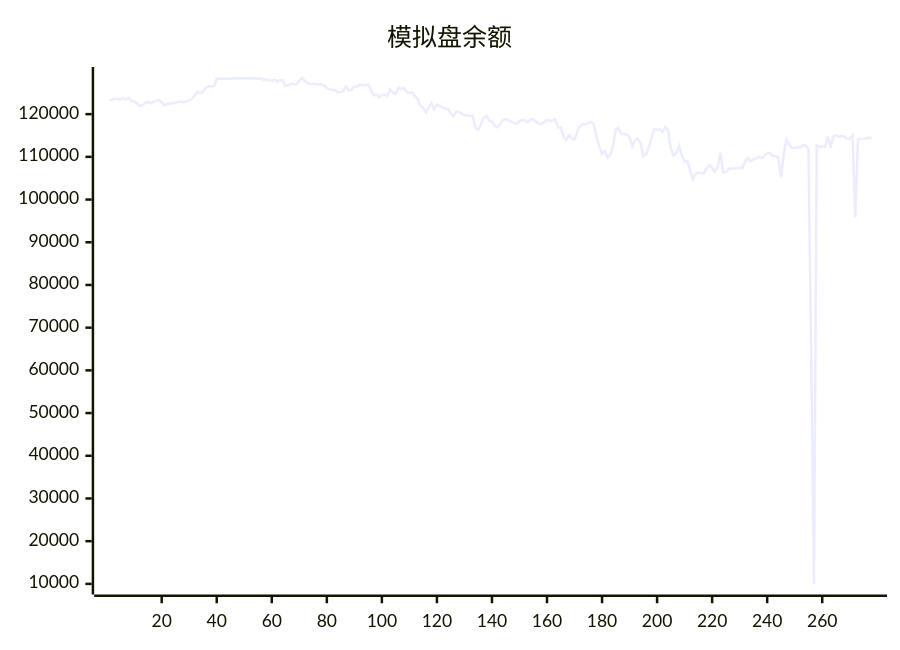
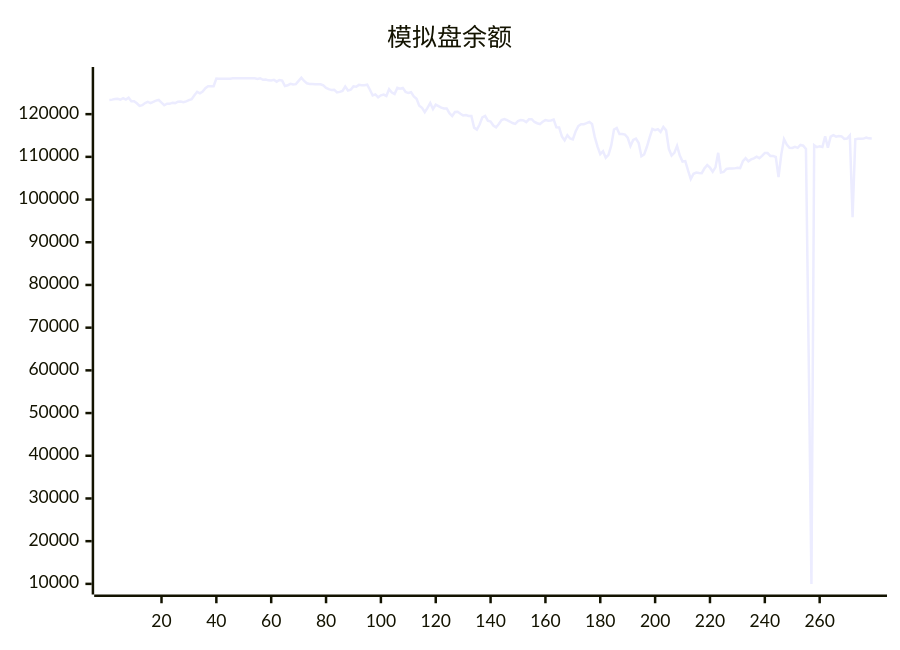
One commit to aahl/ai-trading changed the diagram in README.md. Above: the diagram before and after it, drawn with Mermaid. The commit also changed other lines of this file and 1 other file, not shown here.

````diff
--- a/README.md
+++ b/README.md
@@ -5,5 +5,5 @@
 ```mermaid
 xychart
     title "模拟盘余额"
-    line [123338,123402,123530,123592,123378,123745,123413,123853,123009,123040,122557,121938,122095,122599,122856,122597,122898,123160,123319,122719,122087,122454,122416,122685,122592,122907,122961,122776,122981,123295,123507,124403,125224,124894,125303,126088,126544,126534,126549,128335,128318,128318,128318,128318,128318,128424,128424,128424,128424,128424,128424,128424,128424,128424,128247,128412,128062,128087,127917,127901,128026,127611,128000,127850,126572,126770,127100,126971,127029,127783,128554,127765,127224,127064,127044,127009,127025,127004,126738,126152,125871,125635,125707,125117,125217,125420,126480,125545,125715,126511,126424,126856,126764,126788,126890,125710,124381,124632,123936,124402,124574,124256,125833,125070,124739,126154,125966,126145,125213,124943,125143,124157,123604,121959,121476,120476,121470,122610,121201,122221,121889,121522,121332,121344,120232,119559,120513,120577,120108,119680,119777,119572,119568,116839,116392,117573,119250,119585,118469,118277,117338,116897,117706,118628,118849,118579,118280,117926,117735,118373,118639,118544,118136,118798,118819,118162,117874,117649,118215,118601,118463,118517,118713,116911,116899,114798,113887,115084,114313,114091,115934,117221,117658,117658,117883,118164,117693,114632,112403,110644,111313,109777,110444,112673,116419,116772,115355,115355,115198,114476,112510,113954,114276,113223,110151,110561,112361,114562,116522,116265,116500,115845,117000,116199,111887,110306,110942,112588,110318,108891,109011,106814,104811,106038,106327,106201,106180,107315,108068,107463,106528,107530,110941,106346,106482,107161,107268,107270,107302,107426,107340,108985,109681,108962,109404,109645,110030,109680,110214,110918,110897,110215,110212,109962,105235,110525,114151,112895,112137,112083,112329,112094,112784,112613,111829,63445,10000,112734,112268,112496,112313,114832,112156,114730,115058,114728,114866,114804,114208,114302,115037,95891,114128,114227,114228,114267,114494,114335]
+    line [123338,123402,123530,123592,123378,123745,123413,123853,123009,123040,122557,121938,122095,122599,122856,122597,122898,123160,123319,122719,122087,122454,122416,122685,122592,122907,122961,122776,122981,123295,123507,124403,125224,124894,125303,126088,126544,126534,126549,128335,128318,128318,128318,128318,128318,128424,128424,128424,128424,128424,128424,128424,128424,128424,128247,128412,128062,128087,127917,127901,128026,127611,128000,127850,126572,126770,127100,126971,127029,127783,128554,127765,127224,127064,127044,127009,127025,127004,126738,126152,125871,125635,125707,125117,125217,125420,126480,125545,125715,126511,126424,126856,126764,126788,126890,125710,124381,124632,123936,124402,124574,124256,125833,125070,124739,126154,125966,126145,125213,124943,125143,124157,123604,121959,121476,120476,121470,122610,121201,122221,121889,121522,121332,121344,120232,119559,120513,120577,120108,119680,119777,119572,119568,116839,116392,117573,119250,119585,118469,118277,117338,116897,117706,118628,118849,118579,118280,117926,117735,118373,118639,118544,118136,118798,118819,118162,117874,117649,118215,118601,118463,118517,118713,116911,116899,114798,113887,115084,114313,114091,115934,117221,117658,117658,117883,118164,117693,114632,112403,110644,111313,109777,110444,112673,116419,116772,115355,115355,115198,114476,112510,113954,114276,113223,110151,110561,112361,114562,116522,116265,116500,115845,117000,116199,111887,110306,110942,112588,110318,108891,109011,106814,104811,106038,106327,106201,106180,107315,108068,107463,106528,107530,110941,106346,106482,107161,107268,107270,107302,107426,107340,108985,109681,108962,109404,109645,110030,109680,110214,110918,110897,110215,110212,109962,105235,110525,114151,112895,112137,112083,112329,112094,112784,112613,111829,63445,10000,112734,112268,112496,112313,114832,112156,114730,115058,114728,114866,114804,114208,114302,115037,95891,114128,114227,114228,114267,114494,114335,114299]
 ```
````
